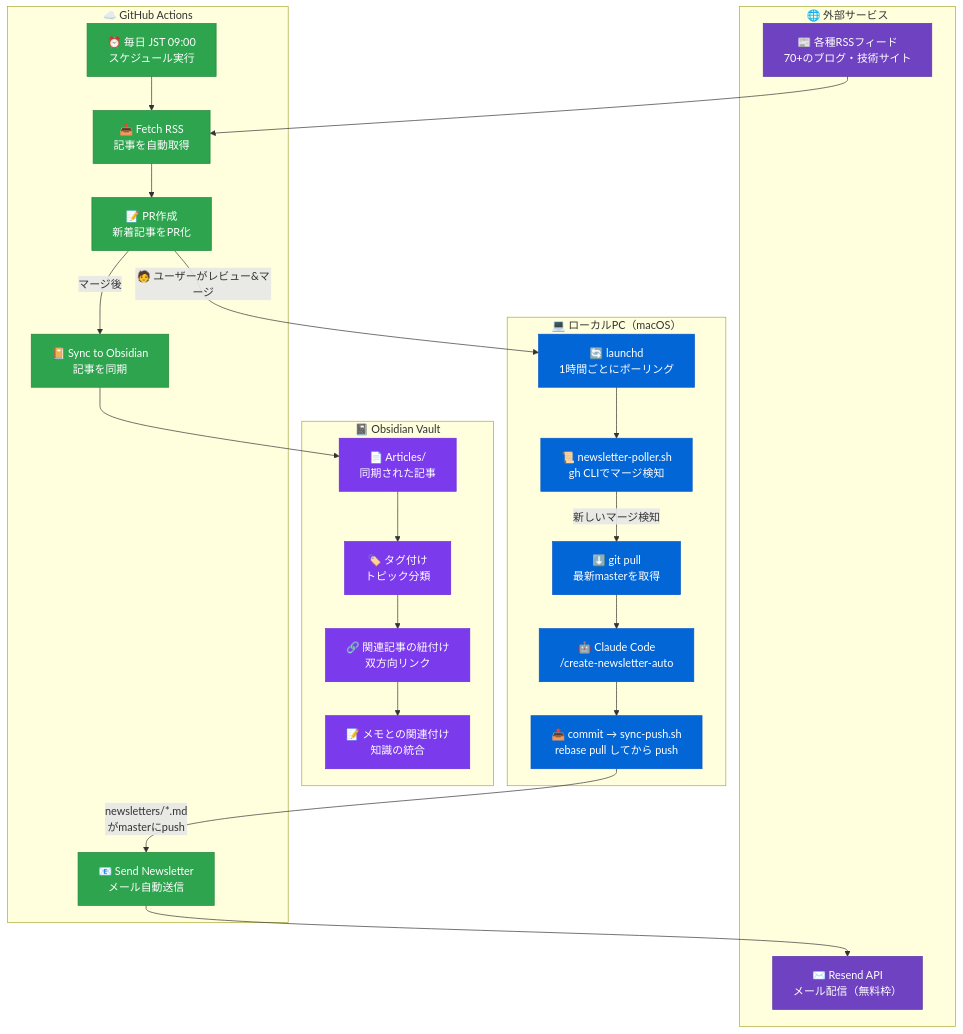
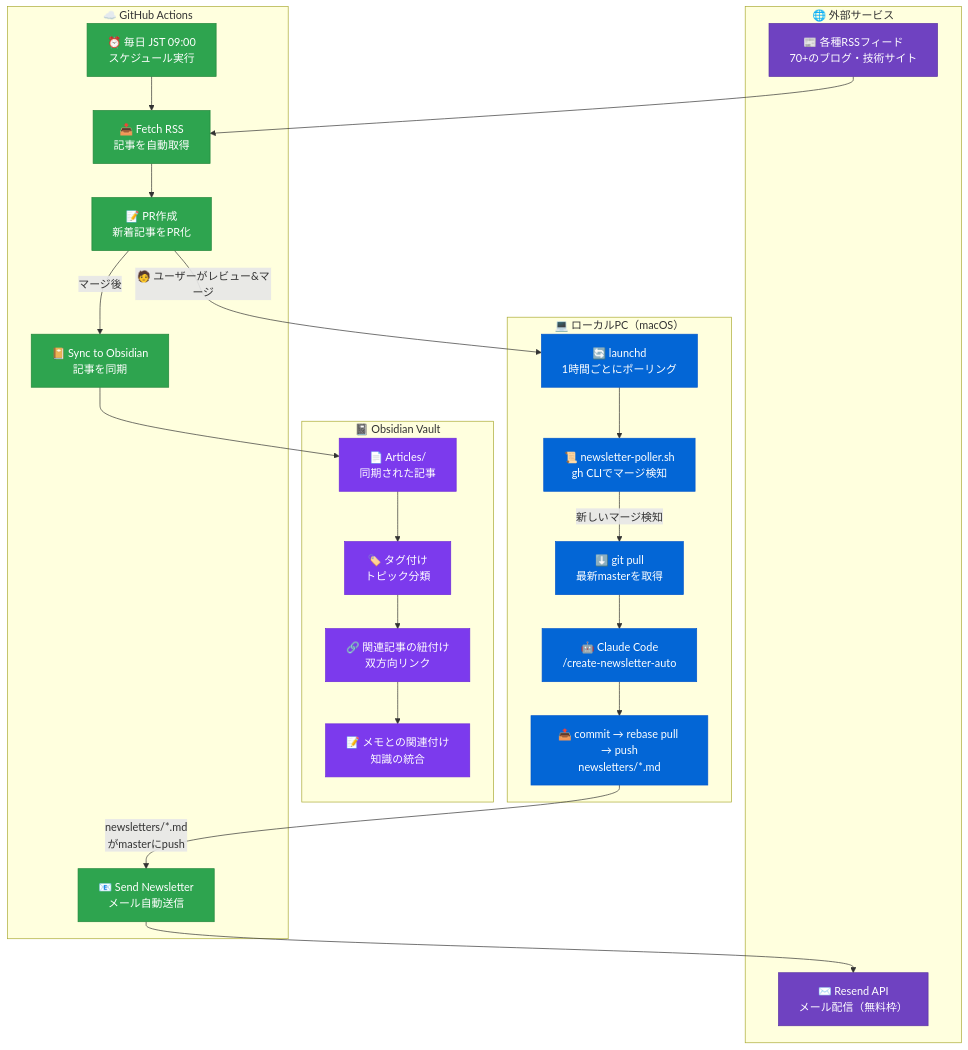
Before and after one commit to uto-usui/magazine: the diagram in docs/automation-flow.md, drawn with Mermaid. The commit also changed 5 other files, not shown here.

First line of the commit message:
refactor(automation): push 前の pull をインラインに戻し sync-push.sh を削除

````diff
--- a/docs/automation-flow.md
+++ b/docs/automation-flow.md
@@ -11,64 +11,64 @@
 ```mermaid
 flowchart TB
     subgraph GitHub_Actions["☁️ GitHub Actions"]
         CRON["⏰ 毎日 JST 09:00<br/>スケジュール実行"]
         FETCH["📥 Fetch RSS<br/>記事を自動取得"]
         CREATE_PR["📝 PR作成<br/>新着記事をPR化"]
         SEND_MAIL["📧 Send Newsletter<br/>メール自動送信"]
         SYNC_OBS["📔 Sync to Obsidian<br/>記事を同期"]
     end
 
     subgraph Local_PC["💻 ローカルPC（macOS）"]
         LAUNCHD["🔄 launchd<br/>1時間ごとにポーリング"]
         POLLER["📜 newsletter-poller.sh<br/>gh CLIでマージ検知"]
         PULL["⬇️ git pull<br/>最新masterを取得"]
         CLAUDE["🤖 Claude Code<br/>/create-newsletter-auto"]
-        COMMIT["📤 commit → sync-push.sh<br/>rebase pull してから push"]
+        COMMIT["📤 commit → rebase pull → push<br/>newsletters/*.md"]
     end
 
     subgraph Obsidian_Vault["📓 Obsidian Vault"]
         ARTICLES_OBS["📄 Articles/<br/>同期された記事"]
         TAGGING["🏷️ タグ付け<br/>トピック分類"]
         LINKING["🔗 関連記事の紐付け<br/>双方向リンク"]
         NOTES["📝 メモとの関連付け<br/>知識の統合"]
     end
 
     subgraph External["🌐 外部サービス"]
         RSS["📰 各種RSSフィード<br/>70+のブログ・技術サイト"]
         RESEND["✉️ Resend API<br/>メール配信（無料枠）"]
     end
 
     %% メインフロー
     CRON --> FETCH
     RSS --> FETCH
     FETCH --> CREATE_PR
     CREATE_PR -->|"🧑 ユーザーがレビュー&マージ"| LAUNCHD
 
     %% ローカルフロー
     LAUNCHD --> POLLER
     POLLER -->|"新しいマージ検知"| PULL
     PULL --> CLAUDE
     CLAUDE --> COMMIT
 
     %% 送信トリガー
     COMMIT -->|"newsletters/*.md<br/>がmasterにpush"| SEND_MAIL
     SEND_MAIL --> RESEND
 
     %% Obsidian同期
     CREATE_PR -->|"マージ後"| SYNC_OBS
     SYNC_OBS --> ARTICLES_OBS
     ARTICLES_OBS --> TAGGING
     TAGGING --> LINKING
     LINKING --> NOTES
 
     %% スタイル
     classDef action fill:#2ea44f,stroke:#22863a,color:#fff
     classDef local fill:#0366d6,stroke:#0256cc,color:#fff
     classDef external fill:#6f42c1,stroke:#5a32a3,color:#fff
     classDef obsidian fill:#7c3aed,stroke:#6d28d9,color:#fff
 
     class CRON,FETCH,CREATE_PR,SEND_MAIL,SYNC_OBS action
     class LAUNCHD,POLLER,PULL,CLAUDE,COMMIT local
     class RSS,RESEND external
     class ARTICLES_OBS,TAGGING,LINKING,NOTES obsidian
 ```
````
